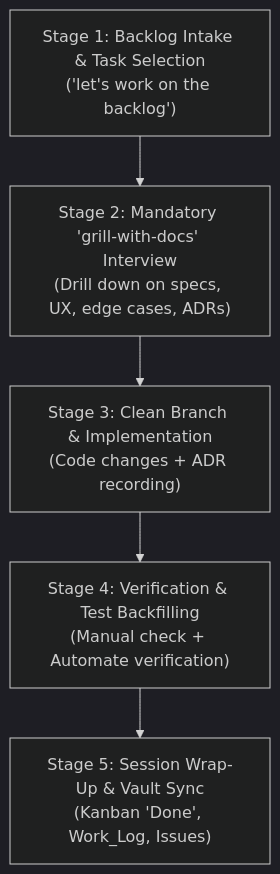
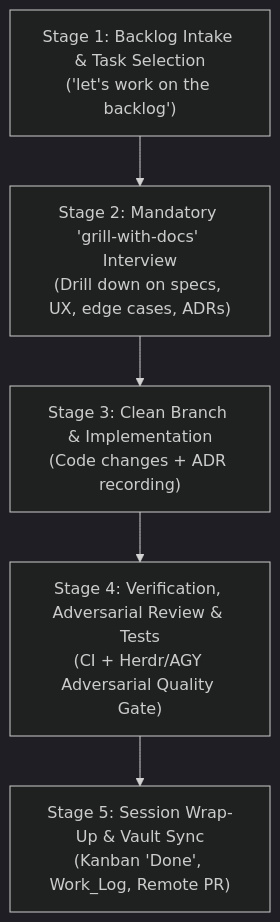
Before and after one commit to supreethks/dotfiles: the diagram in agents/skills/obsidian-project-tracker/SKILL.md, drawn with Mermaid (dark theme). The commit also changed other lines of this file and 13 other files, not shown here.

Commit message:
feat(skills): add adversarial-review skill and integrate auto-loop into project workflows

````diff
--- a/agents/skills/obsidian-project-tracker/SKILL.md
+++ b/agents/skills/obsidian-project-tracker/SKILL.md
@@ -80,7 +80,7 @@
 ```mermaid
 flowchart TD
     A["Stage 1: Backlog Intake & Task Selection\n('let's work on the backlog')"] --> B["Stage 2: Mandatory 'grill-with-docs' Interview\n(Drill down on specs, UX, edge cases, ADRs)"]
     B --> C["Stage 3: Clean Branch & Implementation\n(Code changes + ADR recording)"]
-    C --> D["Stage 4: Verification & Test Backfilling\n(Manual check + Automate verification)"]
-    D --> E["Stage 5: Session Wrap-Up & Vault Sync\n(Kanban 'Done', Work_Log, Issues)"]
+    C --> D["Stage 4: Verification, Adversarial Review & Tests\n(CI + Herdr/AGY Adversarial Quality Gate)"]
+    D --> E["Stage 5: Session Wrap-Up & Vault Sync\n(Kanban 'Done', Work_Log, Remote PR)"]
 ```
````
